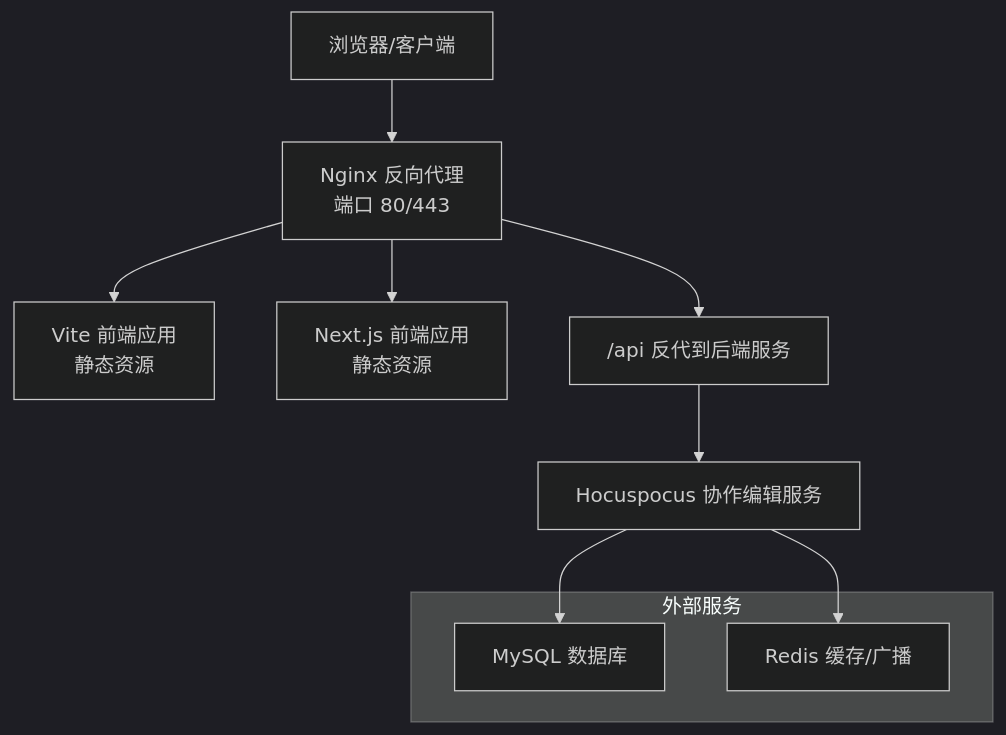
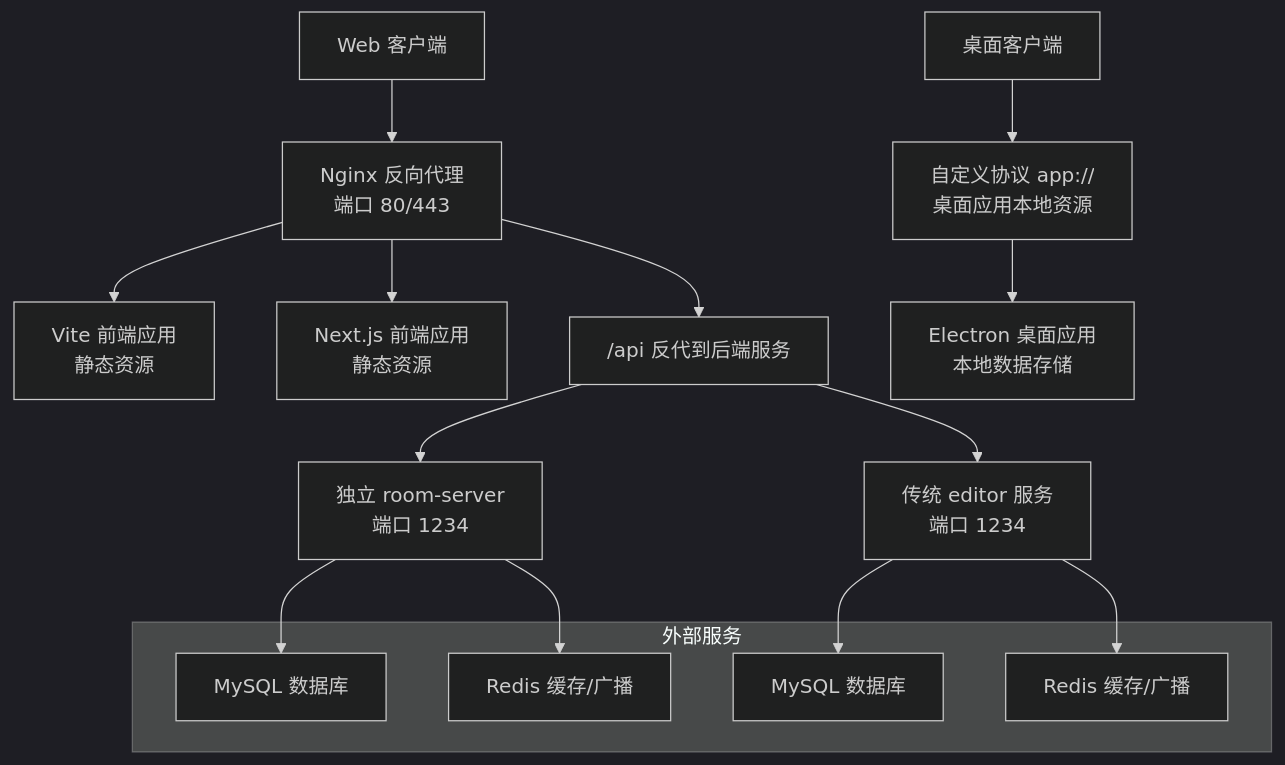
The second of 7 diagrams in .qoder/repowiki/zh/content/部署配置/部署配置.md (LRF0422/Kotion), drawn with Mermaid (dark theme) before and after one commit. The commit also changed other lines of this file and 75 other files, not shown here.

````diff
--- a/.qoder/repowiki/zh/content/部署配置/部署配置.md
+++ b/.qoder/repowiki/zh/content/部署配置/部署配置.md
@@ -89,14 +141,21 @@
 ```mermaid
 graph TB
-Client["浏览器/客户端"] --> Nginx["Nginx 反向代理<br/>端口 80/443"]
+ClientDesktop["桌面客户端"] --> DesktopProtocol["自定义协议 app://<br/>桌面应用本地资源"]
+ClientWeb["Web 客户端"] --> Nginx["Nginx 反向代理<br/>端口 80/443"]
 Nginx --> FE_Vite["Vite 前端应用<br/>静态资源"]
 Nginx --> FE_Next["Next.js 前端应用<br/>静态资源"]
 Nginx --> API["/api 反代到后端服务"]
-API --> Hocuspocus["Hocuspocus 协作编辑服务"]
-Hocuspocus --> MySQL["MySQL 数据库"]
-Hocuspocus --> Redis["Redis 缓存/广播"]
+API --> RoomServer["独立 room-server<br/>端口 1234"]
+API --> EditorServer["传统 editor 服务<br/>端口 1234"]
+DesktopProtocol --> DesktopApp["Electron 桌面应用<br/>本地数据存储"]
+RoomServer --> MySQL["MySQL 数据库"]
+RoomServer --> Redis["Redis 缓存/广播"]
+EditorServer --> MySQL2["MySQL 数据库"]
+EditorServer --> Redis2["Redis 缓存/广播"]
 subgraph "外部服务"
 MySQL
 Redis
+MySQL2
+Redis2
 end
 ```
````
